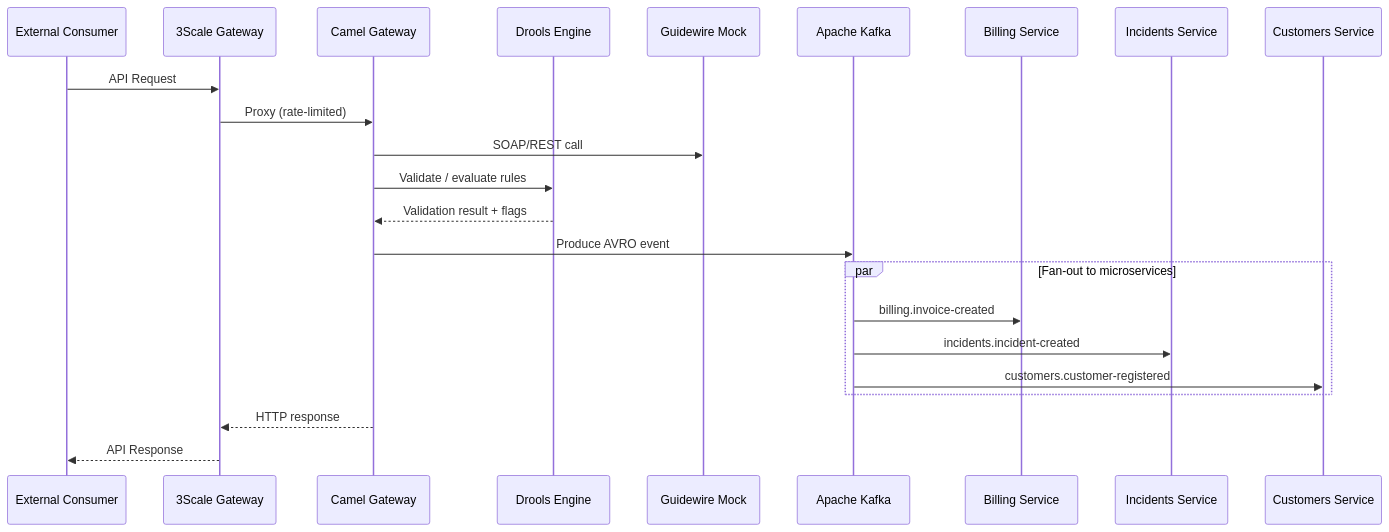
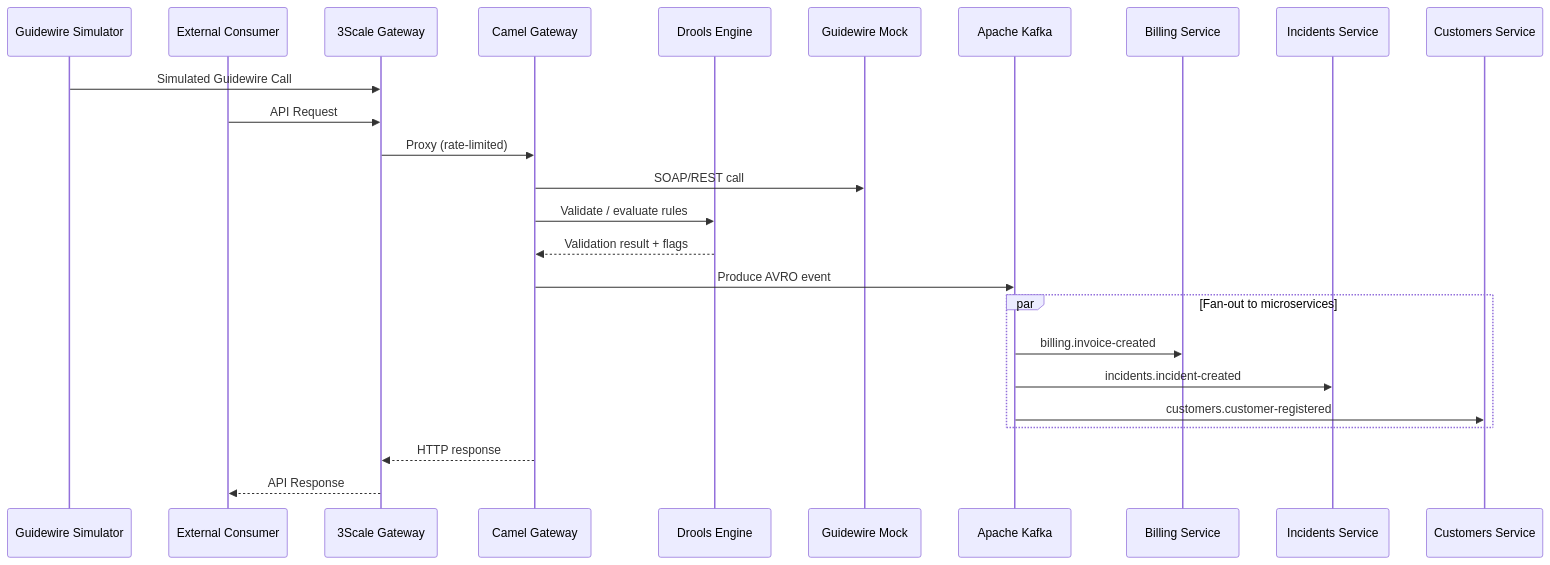
One commit to monghithub/guidewire changed the second of 2 diagrams in README.md. Above: the diagram before and after it, drawn with Mermaid. The commit also changed other lines of this file and 86 other files, not shown here.

First line of the commit message:
feat: add guidewire-simulator Angular frontend, architecture infographic, and update all docs

````diff
--- a/README.md
+++ b/README.md
@@ -69,26 +77,28 @@
 ```mermaid
 sequenceDiagram
+    participant Sim as Guidewire Simulator
     participant Client as External Consumer
     participant GW as 3Scale Gateway
     participant Camel as Camel Gateway
     participant Drools as Drools Engine
     participant GWire as Guidewire Mock
     participant Kafka as Apache Kafka
     participant Billing as Billing Service
     participant Incidents as Incidents Service
     participant Customers as Customers Service
 
+    Sim->>GW: Simulated Guidewire Call
     Client->>GW: API Request
     GW->>Camel: Proxy (rate-limited)
     Camel->>GWire: SOAP/REST call
     Camel->>Drools: Validate / evaluate rules
     Drools-->>Camel: Validation result + flags
     Camel->>Kafka: Produce AVRO event
     par Fan-out to microservices
         Kafka->>Billing: billing.invoice-created
         Kafka->>Incidents: incidents.incident-created
         Kafka->>Customers: customers.customer-registered
     end
     Camel-->>GW: HTTP response
     GW-->>Client: API Response
 ```
````
